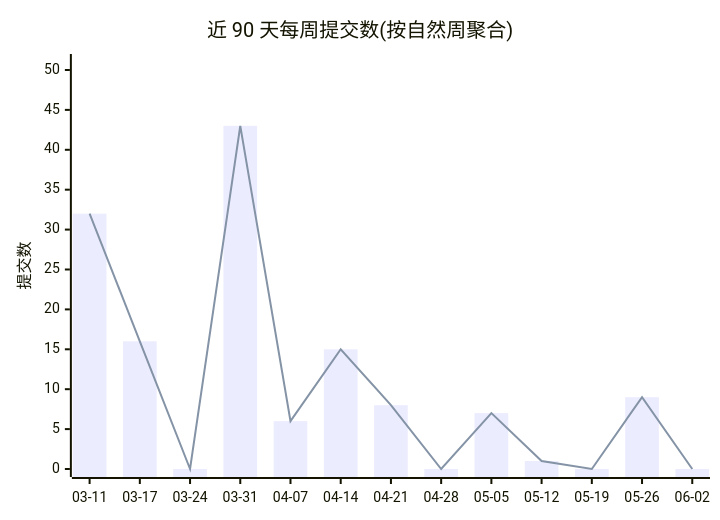
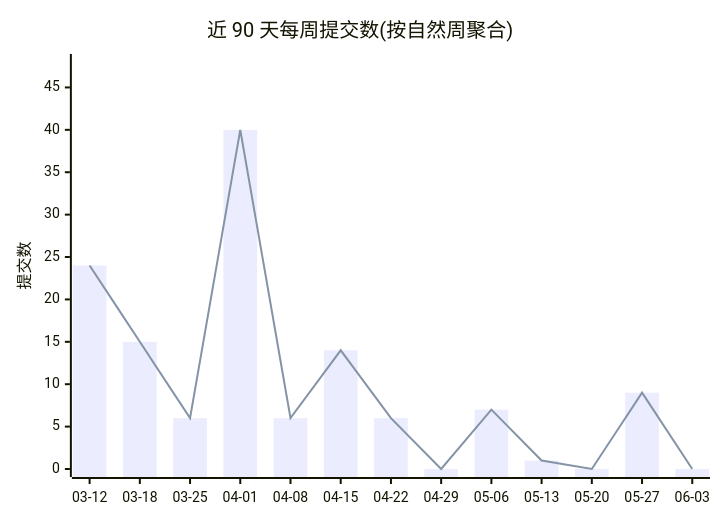
The first of 2 diagrams in profile/README.md (Conflux-Union/.github), drawn with Mermaid before and after one commit. The commit also changed other lines of this file and 1 other file, not shown here.

````diff
--- a/profile/README.md
+++ b/profile/README.md
@@ -44,8 +44,8 @@
 ```mermaid
 xychart-beta
     title "近 90 天每周提交数(按自然周聚合)"
-    x-axis ["03-11", "03-17", "03-24", "03-31", "04-07", "04-14", "04-21", "04-28", "05-05", "05-12", "05-19", "05-26", "06-02"]
-    y-axis "提交数" 0 --> 51
-    bar [32, 16, 0, 43, 6, 15, 8, 0, 7, 1, 0, 9, 0]
-    line [32, 16, 0, 43, 6, 15, 8, 0, 7, 1, 0, 9, 0]
+    x-axis ["03-12", "03-18", "03-25", "04-01", "04-08", "04-15", "04-22", "04-29", "05-06", "05-13", "05-20", "05-27", "06-03"]
+    y-axis "提交数" 0 --> 48
+    bar [24, 15, 6, 40, 6, 14, 6, 0, 7, 1, 0, 9, 0]
+    line [24, 15, 6, 40, 6, 14, 6, 0, 7, 1, 0, 9, 0]
 ```
````
